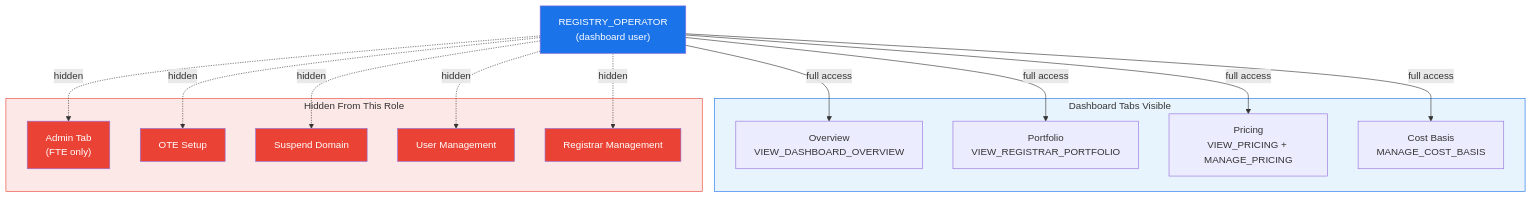
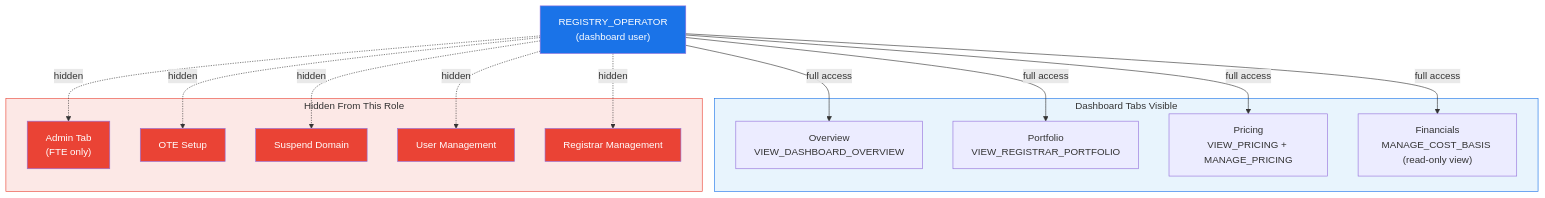
One commit to unstoppabledomains/nomulus changed the fifth of 6 diagrams in docs/registry-dash-data-model.md. Above: the diagram before and after it, drawn with Mermaid. The commit also changed other lines of this file and 1 other file, not shown here.

````diff
--- a/docs/registry-dash-data-model.md
+++ b/docs/registry-dash-data-model.md
@@ -298,31 +342,31 @@
 ```mermaid
 flowchart TD
     RO["REGISTRY_OPERATOR<br/>(dashboard user)"]
 
     subgraph visible ["Dashboard Tabs Visible"]
         OV["Overview<br/>VIEW_DASHBOARD_OVERVIEW"]
         PF["Portfolio<br/>VIEW_REGISTRAR_PORTFOLIO"]
         PR["Pricing<br/>VIEW_PRICING + MANAGE_PRICING"]
-        CB["Cost Basis<br/>MANAGE_COST_BASIS"]
+        FIN["Financials<br/>MANAGE_COST_BASIS (read-only view)"]
     end
 
     subgraph hidden ["Hidden From This Role"]
         ADM["Admin Tab<br/>(FTE only)"]
         OTE["OTE Setup"]
         SUSP["Suspend Domain"]
         USERS["User Management"]
         REGS["Registrar Management"]
     end
 
-    RO -->|"full access"| OV & PF & PR & CB
+    RO -->|"full access"| OV & PF & PR & FIN
     RO -.->|"hidden"| ADM & OTE & SUSP & USERS & REGS
 
     style RO fill:#1a73e8,color:#fff
     style visible fill:#e8f4fd,stroke:#1a73e8
     style hidden fill:#fce8e6,stroke:#ea4335
     style ADM fill:#ea4335,color:#fff
     style OTE fill:#ea4335,color:#fff
     style SUSP fill:#ea4335,color:#fff
     style USERS fill:#ea4335,color:#fff
     style REGS fill:#ea4335,color:#fff
 ```
````
